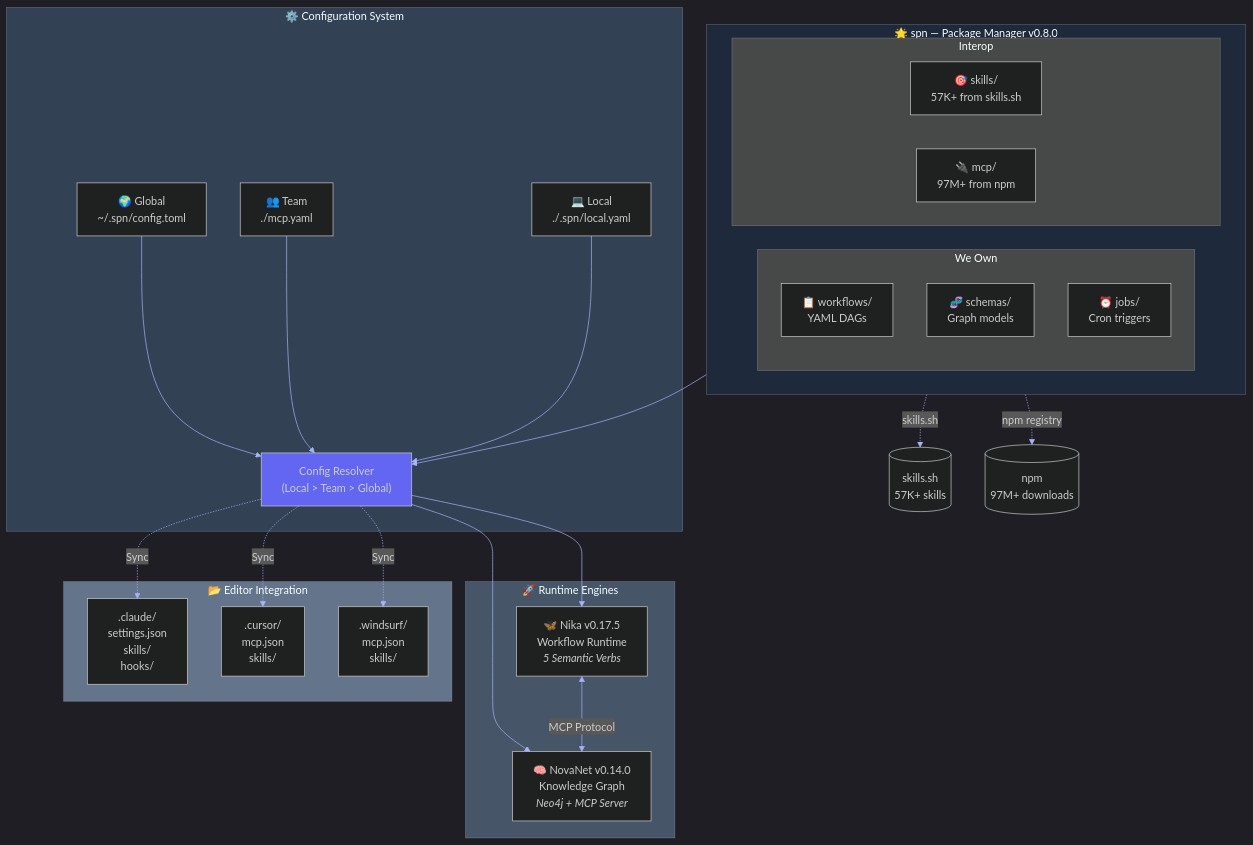
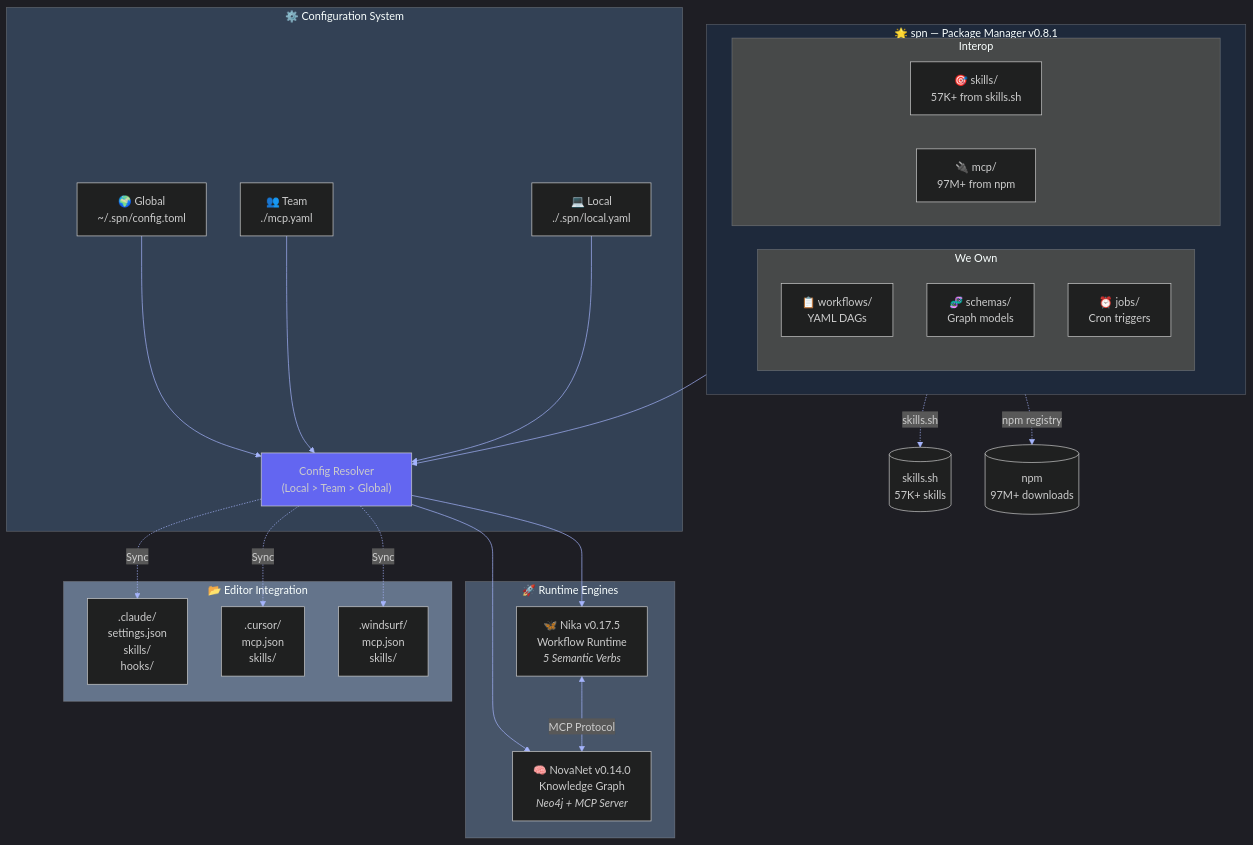
Before and after one commit to supernovae-st/supernovae-cli: the seventh of 7 diagrams in README.md, drawn with Mermaid. The commit also changed other lines of this file and 40 other files, not shown here.

````diff
--- a/README.md
+++ b/README.md
@@ -2083,56 +2094,56 @@
 ```mermaid
 %%{init: {'theme': 'dark', 'themeVariables': { 'primaryColor': '#6366f1', 'primaryTextColor': '#fff', 'primaryBorderColor': '#818cf8', 'lineColor': '#a5b4fc', 'secondaryColor': '#1e1b4b', 'tertiaryColor': '#312e81'}}}%%
 flowchart TB
-    subgraph SPN["🌟 spn — Package Manager v0.8.0"]
+    subgraph SPN["🌟 spn — Package Manager v0.8.1"]
         direction LR
         subgraph OWNED["We Own"]
             W["📋 workflows/<br/>YAML DAGs"]
             S["🧬 schemas/<br/>Graph models"]
             J["⏰ jobs/<br/>Cron triggers"]
         end
         subgraph INTEROP["Interop"]
             SK["🎯 skills/<br/>57K+ from skills.sh"]
             MCP["🔌 mcp/<br/>97M+ from npm"]
         end
     end
 
     subgraph CONFIG["⚙️ Configuration System"]
         GLOBAL["🌍 Global<br/>~/.spn/config.toml"]
         TEAM["👥 Team<br/>./mcp.yaml"]
         LOCAL["💻 Local<br/>./.spn/local.yaml"]
         RESOLVER["Config Resolver<br/>(Local > Team > Global)"]
 
         GLOBAL --> RESOLVER
         TEAM --> RESOLVER
         LOCAL --> RESOLVER
     end
 
     subgraph RUNTIME["🚀 Runtime Engines"]
         NIKA["🦋 Nika v0.17.5<br/>Workflow Runtime<br/><i>5 Semantic Verbs</i>"]
         NOVANET["🧠 NovaNet v0.14.0<br/>Knowledge Graph<br/><i>Neo4j + MCP Server</i>"]
     end
 
     subgraph EDITORS["📂 Editor Integration"]
         CLAUDE[".claude/<br/>settings.json<br/>skills/<br/>hooks/"]
         CURSOR[".cursor/<br/>mcp.json<br/>skills/"]
         WINDSURF[".windsurf/<br/>mcp.json<br/>skills/"]
     end
 
     SPN --> RESOLVER
     RESOLVER --> NIKA
     RESOLVER --> NOVANET
     NIKA <-->|MCP Protocol| NOVANET
 
     RESOLVER -.->|Sync| CLAUDE
     RESOLVER -.->|Sync| CURSOR
     RESOLVER -.->|Sync| WINDSURF
 
     SK -.-> |"skills.sh"| SKILLS[(skills.sh<br/>57K+ skills)]
     MCP -.-> |"npm registry"| NPM[(npm<br/>97M+ downloads)]
 
     style SPN fill:#1e293b
     style CONFIG fill:#334155
     style RUNTIME fill:#475569
     style EDITORS fill:#64748b
     style RESOLVER fill:#6366f1
 ```
````
